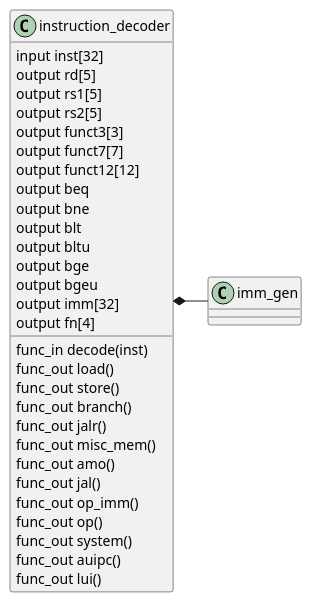
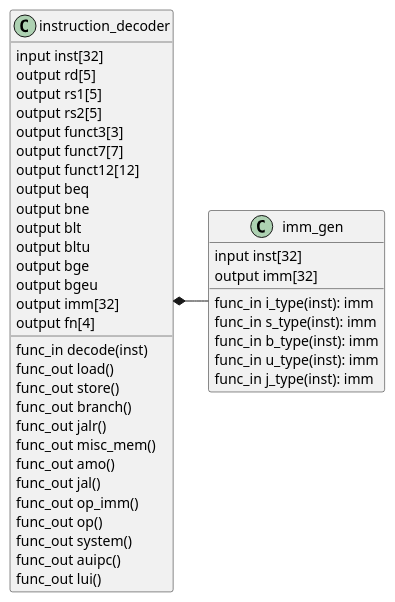
The diagram in docs/source/_static/plantuml/class_diagram_instruction_decoder.puml (koyamanX/turboV), drawn with PlantUML before and after one commit. The commit also changed 4 other files, not shown here.

```diff
--- a/docs/source/_static/plantuml/class_diagram_instruction_decoder.puml
+++ b/docs/source/_static/plantuml/class_diagram_instruction_decoder.puml
@@ -1,40 +1,47 @@
 @startuml
 	class instruction_decoder {
 		input inst[32]
 		func_in decode(inst)
 		output rd[5]
 		output rs1[5]
 		output rs2[5]
 		output funct3[3]
 		output funct7[7]
 		output funct12[12]
 		output beq
 		output bne
 		output blt
 		output bltu
 		output bge
 		output bgeu
 		output imm[32]
 		output fn[4]
 
 		func_out load()
 		func_out store()
 		func_out branch()
 		func_out jalr()
 		func_out misc_mem()
 		func_out amo()
 		func_out jal()
 		func_out op_imm()
 		func_out op()
 		func_out system()
 		func_out auipc()
 		func_out lui()
 	}
 
 	class imm_gen {
+		input inst[32]
+		output imm[32]
 
+		func_in i_type(inst): imm
+		func_in s_type(inst): imm
+		func_in b_type(inst): imm
+		func_in u_type(inst): imm
+		func_in j_type(inst): imm
 	}
 
 	instruction_decoder *- imm_gen
 
 @enduml
```
